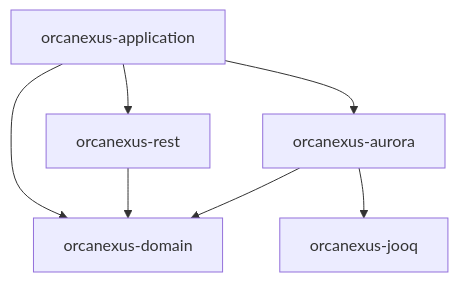
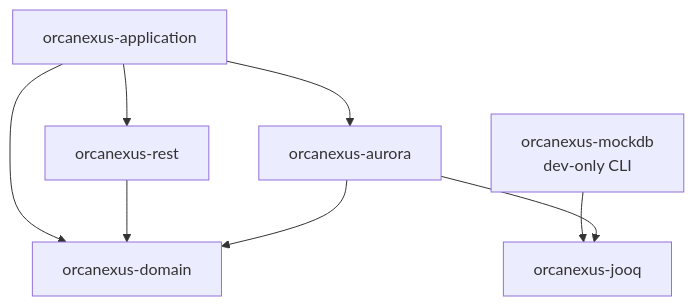
One commit to umccr/orcanexus changed the diagram in docs/architecture/overview.md. Above: the diagram before and after it, drawn with Mermaid. The commit also changed other lines of this file and 89 other files, not shown here.

````diff
--- a/docs/architecture/overview.md
+++ b/docs/architecture/overview.md
@@ -21,15 +25,17 @@
 ```mermaid
 graph TD
     application[orcanexus-application]
     rest[orcanexus-rest]
     aurora[orcanexus-aurora]
     domain[orcanexus-domain]
     jooq[orcanexus-jooq]
+    mockdb[orcanexus-mockdb<br/>dev-only CLI]
 
+    mockdb --> jooq
     application --> rest
     application --> domain
     application --> aurora
     rest --> domain
     aurora --> domain
     aurora --> jooq
 ```
````
